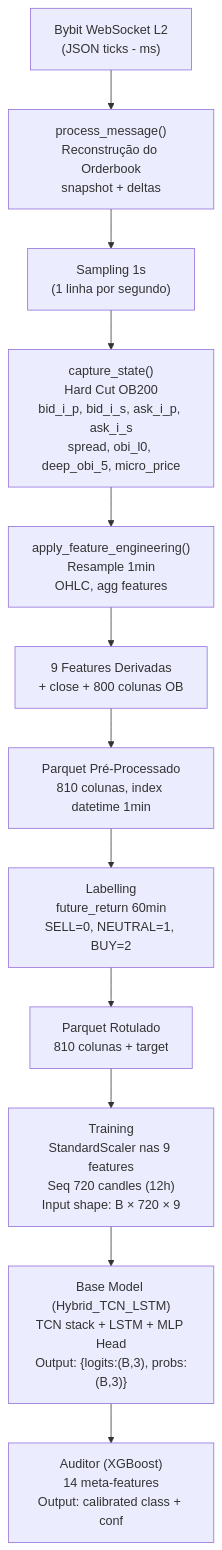
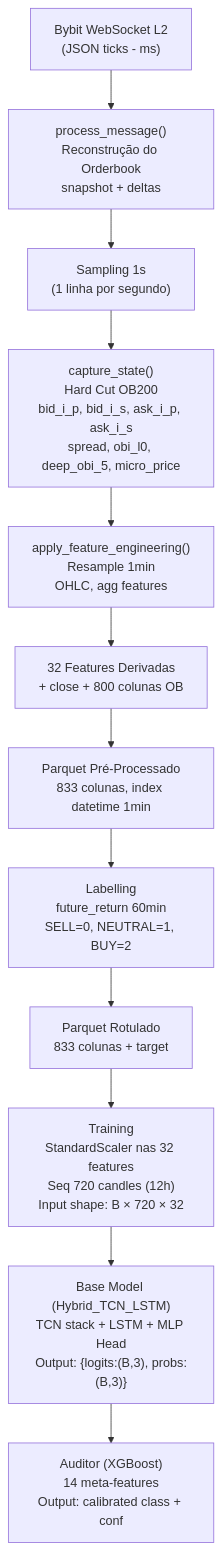
One commit to atilioebg/QuantGod_Cloud_TCNLSTM changed the diagram in docs/7_DATA_REFERENCE.md. Above: the diagram before and after it, drawn with Mermaid. The commit also changed other lines of this file and 7 other files, not shown here.

````diff
--- a/docs/7_DATA_REFERENCE.md
+++ b/docs/7_DATA_REFERENCE.md
@@ -417,14 +417,14 @@
 ```mermaid
 graph TD
     A["Bybit WebSocket L2\n(JSON ticks - ms)"] --> B["process_message()\nReconstrução do Orderbook\nsnapshot + deltas"]
     B --> C["Sampling 1s\n(1 linha por segundo)"]
     C --> D["capture_state()\nHard Cut OB200\nbid_i_p, bid_i_s, ask_i_p, ask_i_s\nspread, obi_l0, deep_obi_5, micro_price"]
     D --> E["apply_feature_engineering()\nResample 1min\nOHLC, agg features"]
-    E --> F["9 Features Derivadas\n+ close + 800 colunas OB"]
-    F --> G["Parquet Pré-Processado\n810 colunas, index datetime 1min"]
+    E --> F["32 Features Derivadas\n+ close + 800 colunas OB"]
+    F --> G["Parquet Pré-Processado\n833 colunas, index datetime 1min"]
     G --> H["Labelling\nfuture_return 60min\nSELL=0, NEUTRAL=1, BUY=2"]
-    H --> I["Parquet Rotulado\n810 colunas + target"]
-    I --> J["Training\nStandardScaler nas 9 features\nSeq 720 candles (12h)\nInput shape: B × 720 × 9"]
+    H --> I["Parquet Rotulado\n833 colunas + target"]
+    I --> J["Training\nStandardScaler nas 32 features\nSeq 720 candles (12h)\nInput shape: B × 720 × 32"]
     J --> K["Base Model (Hybrid_TCN_LSTM)\nTCN stack + LSTM + MLP Head\nOutput: {logits:(B,3), probs:(B,3)}"]
     K --> L["Auditor (XGBoost)\n14 meta-features\nOutput: calibrated class + conf"]
 ```
````
